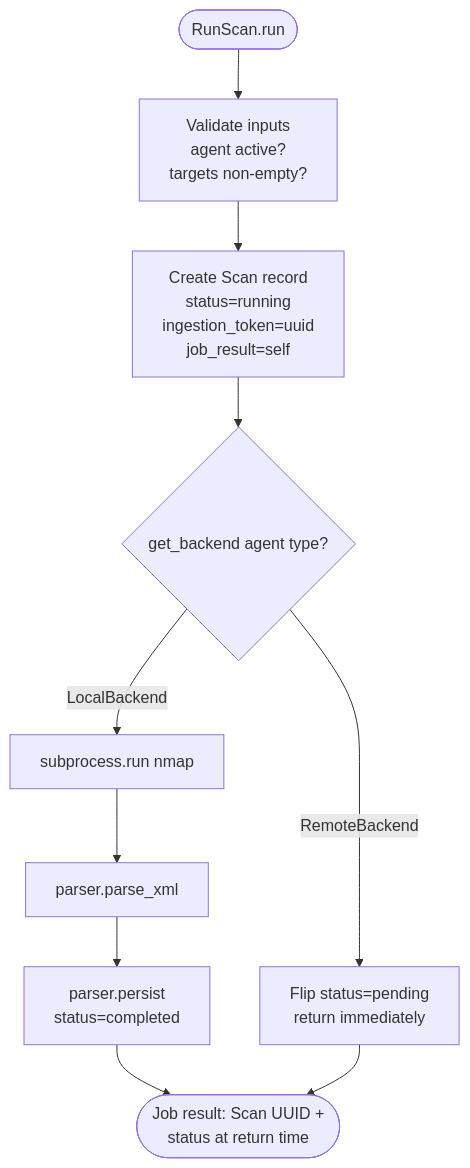
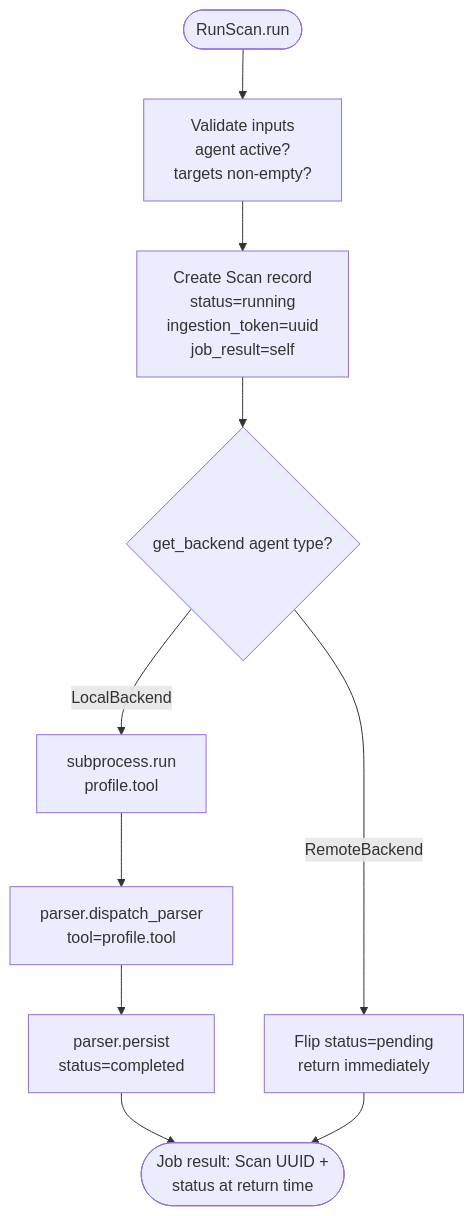
Before and after one commit to rsp2k/nautobot-app-scanner: the diagram in docs/user/running_scans.md, drawn with Mermaid. The commit also changed other lines of this file and 16 other files, not shown here.

````diff
--- a/docs/user/running_scans.md
+++ b/docs/user/running_scans.md
@@ -29,12 +29,12 @@
 ```mermaid
 flowchart TD
     A([RunScan.run]) --> B[Validate inputs<br/>agent active?<br/>targets non-empty?]
     B --> C[Create Scan record<br/>status=running<br/>ingestion_token=uuid<br/>job_result=self]
     C --> D{get_backend agent type?}
-    D -- LocalBackend --> E[subprocess.run nmap]
-    E --> F[parser.parse_xml]
+    D -- LocalBackend --> E[subprocess.run<br/>profile.tool]
+    E --> F[parser.dispatch_parser<br/>tool=profile.tool]
     F --> G[parser.persist<br/>status=completed]
     D -- RemoteBackend --> H[Flip status=pending<br/>return immediately]
     G --> I([Job result: Scan UUID +<br/>status at return time])
     H --> I
 ```
````
